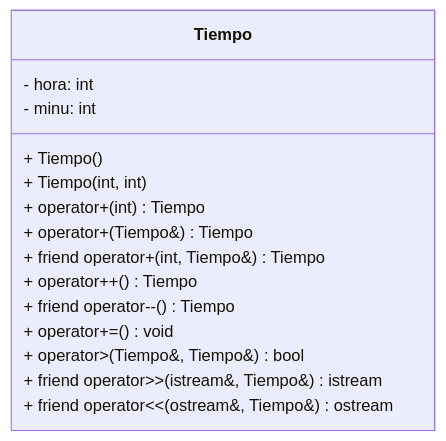
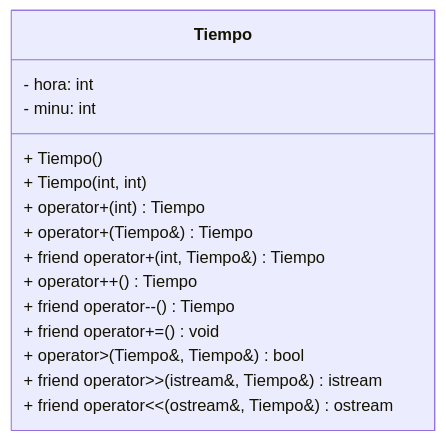
Before and after one commit to TC1030/SobrecargaOperadores: the diagram in README.md, drawn with Mermaid.

````diff
--- a/README.md
+++ b/README.md
@@ -18,18 +18,18 @@
 ```mermaid
 classDiagram  
     class Tiempo {
         - hora: int
         - minu: int
     }
     Tiempo: + Tiempo()
     Tiempo: + Tiempo(int, int)
     Tiempo: + operator+(int) Tiempo
     Tiempo: + operator+(Tiempo&) Tiempo
     Tiempo: + friend operator+(int, Tiempo&) Tiempo
     Tiempo: + operator++() Tiempo
     Tiempo: + friend operator--() Tiempo
-    Tiempo: + operator+=() void
+    Tiempo: + friend operator+=() void
     Tiempo: + operator>(Tiempo&, Tiempo&) bool
     Tiempo: + friend operator>>(istream&, Tiempo&) istream
     Tiempo: + friend operator<<(ostream&, Tiempo&) ostream 
 ```
````
